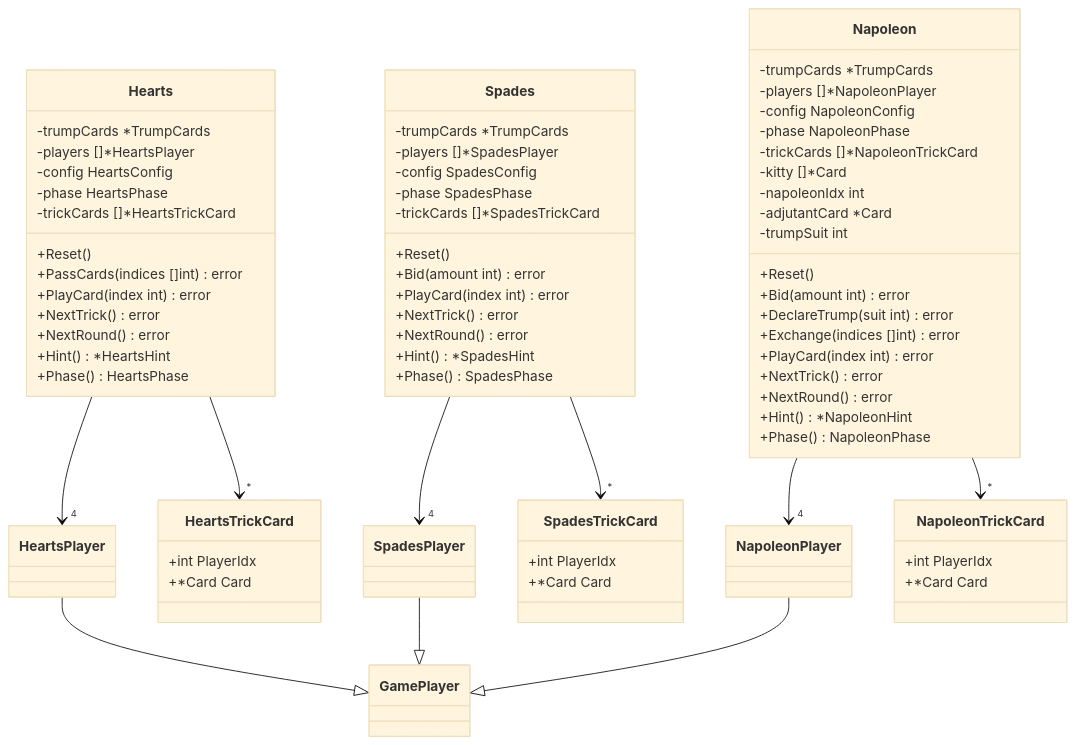
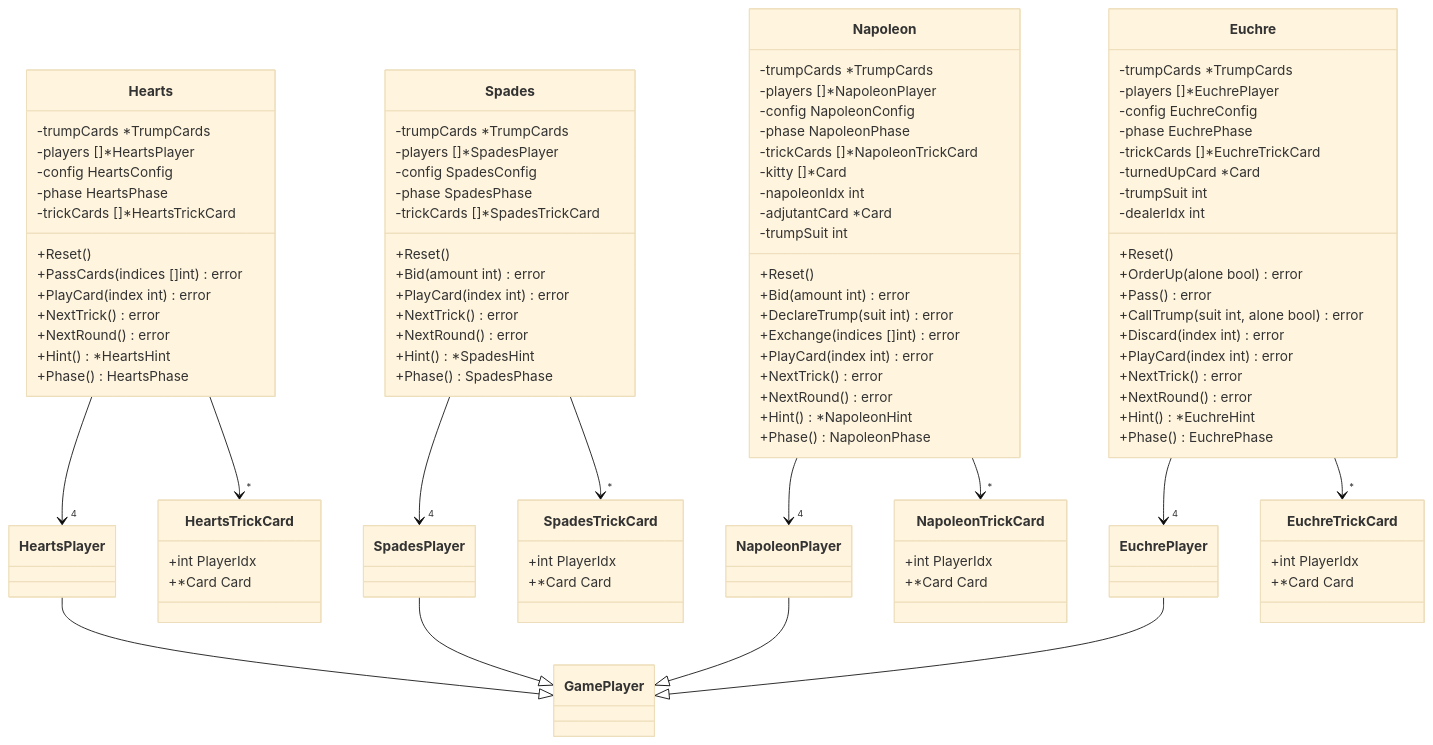
Before and after one commit to yuta-yoshinaga/go_trumpcards: the third of 30 diagrams in docs/design/backend.md, drawn with Mermaid (base theme). The commit also changed other lines of this file and 51 other files, not shown here.

First line of the commit message:
feat: add Euchre (ユーカー) game

````diff
--- a/docs/design/backend.md
+++ b/docs/design/backend.md
@@ -264,13 +265,42 @@
         +*Card Card
     }
 
+    class Euchre {
+        -trumpCards *TrumpCards
+        -players []*EuchrePlayer
+        -config EuchreConfig
+        -phase EuchrePhase
+        -trickCards []*EuchreTrickCard
+        -turnedUpCard *Card
+        -trumpSuit int
+        -dealerIdx int
+        +Reset()
+        +OrderUp(alone bool) error
+        +Pass() error
+        +CallTrump(suit int, alone bool) error
+        +Discard(index int) error
+        +PlayCard(index int) error
+        +NextTrick() error
+        +NextRound() error
+        +Hint() *EuchreHint
+        +Phase() EuchrePhase
+    }
+
+    class EuchreTrickCard {
+        +int PlayerIdx
+        +*Card Card
+    }
+
     Hearts --> "4" HeartsPlayer
     Hearts --> "*" HeartsTrickCard
     Spades --> "4" SpadesPlayer
     Spades --> "*" SpadesTrickCard
     Napoleon --> "4" NapoleonPlayer
     Napoleon --> "*" NapoleonTrickCard
+    Euchre --> "4" EuchrePlayer
+    Euchre --> "*" EuchreTrickCard
     HeartsPlayer --|> GamePlayer
     SpadesPlayer --|> GamePlayer
     NapoleonPlayer --|> GamePlayer
+    EuchrePlayer --|> GamePlayer
 ```
````
